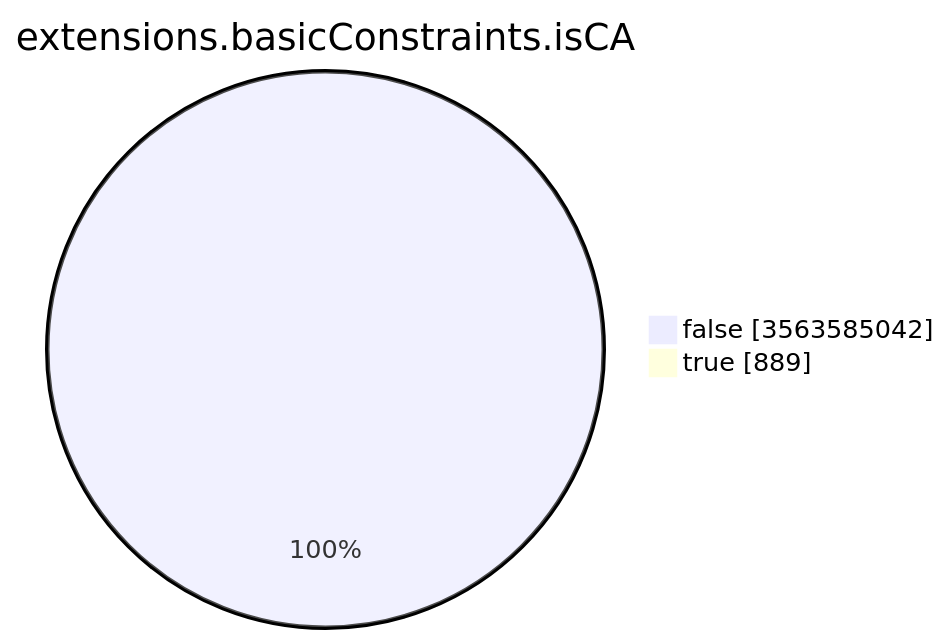
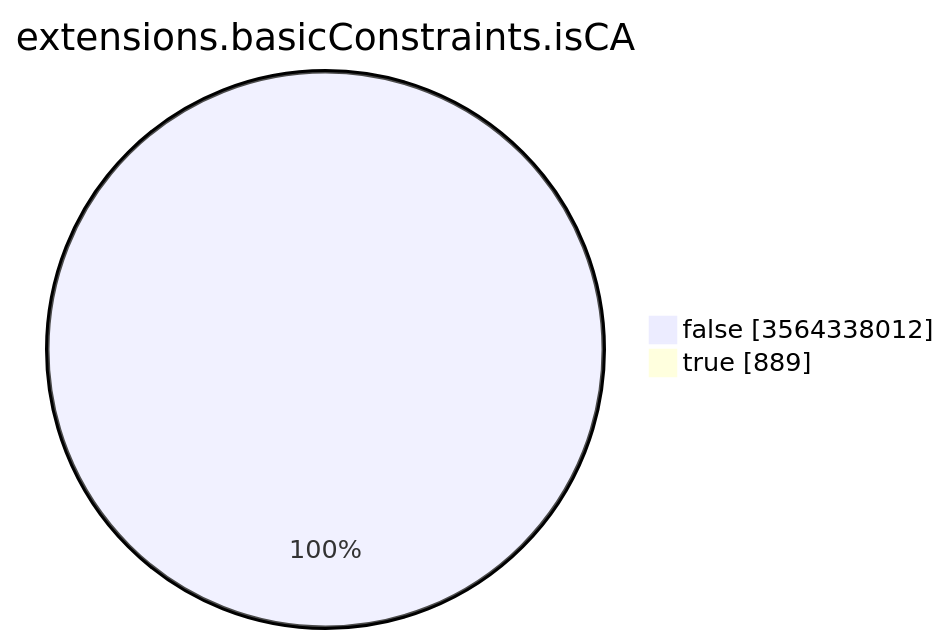
Before and after one commit to christiankrug/ctmonitor_visualization: the seventh of 15 diagrams in TOTAL/README.md, drawn with Mermaid. The commit also changed other lines of this file, not shown here.

````diff
--- a/TOTAL/README.md
+++ b/TOTAL/README.md
@@ -3094,6 +3094,6 @@
 ```mermaid
 pie showData
 title extensions.basicConstraints.isCA
-"false" :3563585042
+"false" :3564338012
 "true" :889
 ```
````
